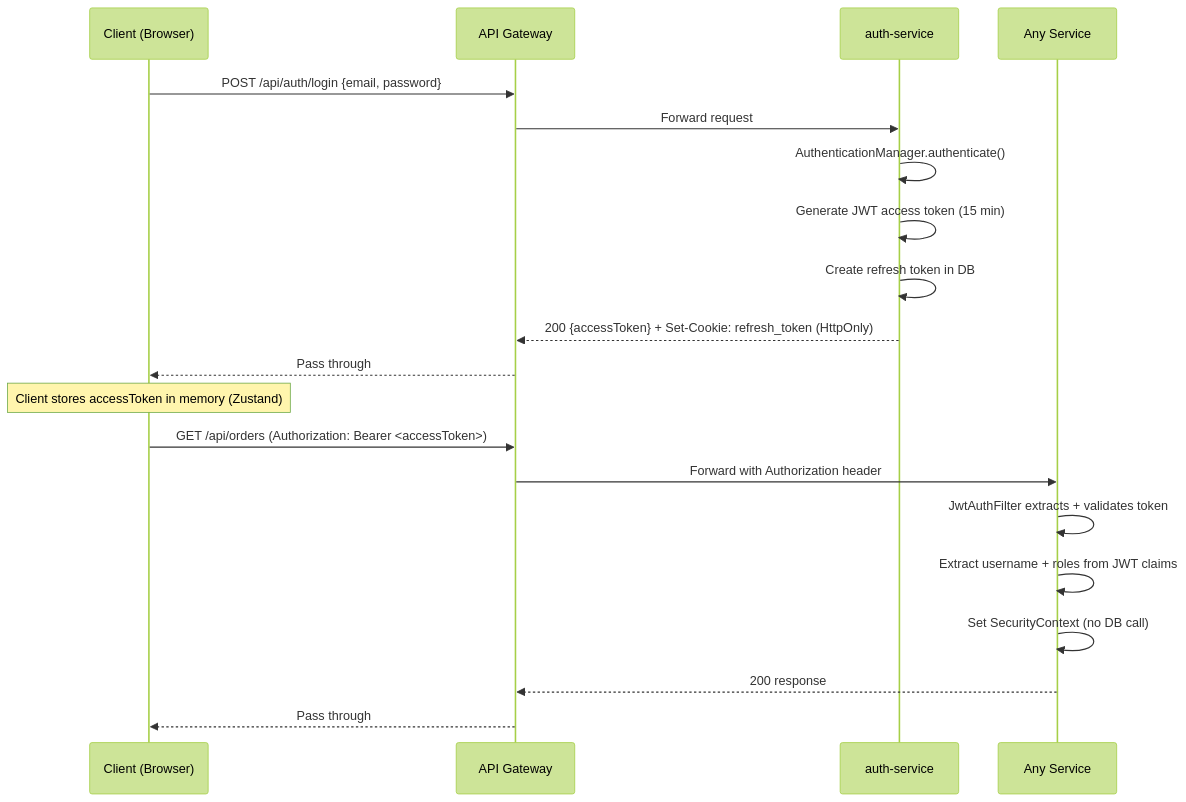
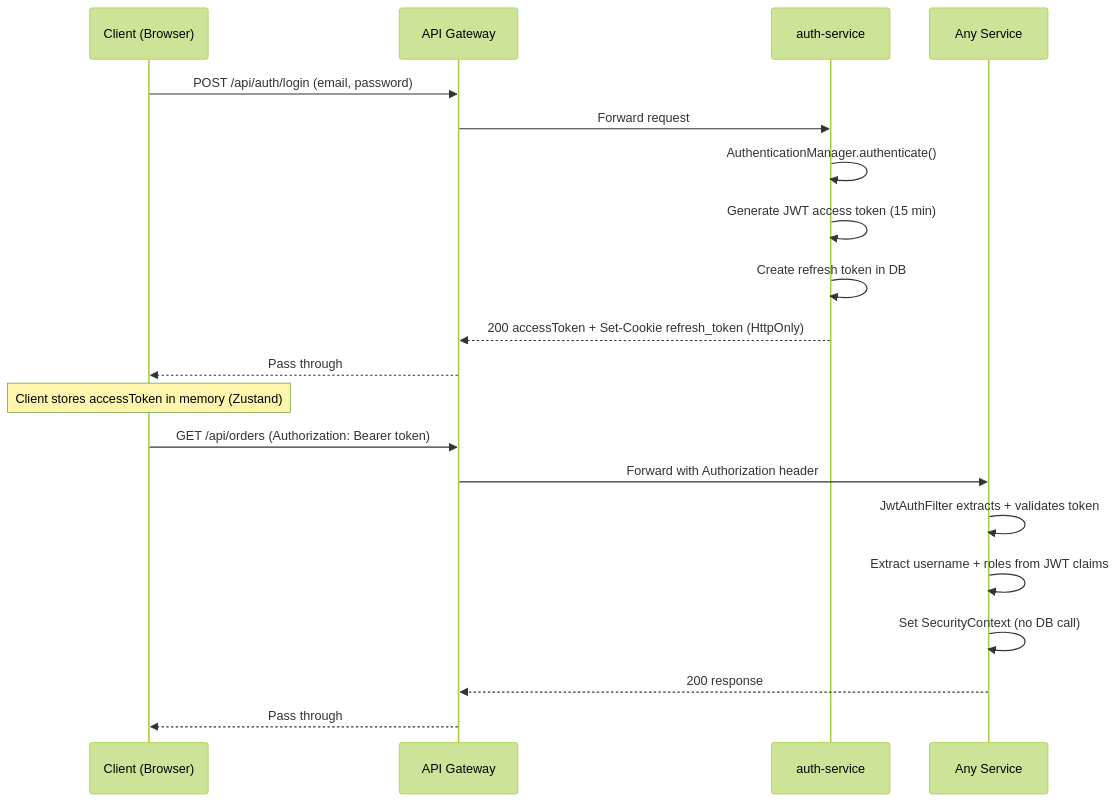
Before and after one commit to SamedBilginAlternet/n11_clone: the first of 4 diagrams in docs/authentication.md, drawn with Mermaid (forest theme). The commit also changed other lines of this file and 1 other file, not shown here.

First line of the commit message:
fix: Mermaid diagrams not rendering on GitHub in docs

````diff
--- a/docs/authentication.md
+++ b/docs/authentication.md
@@ -20,25 +20,25 @@
 ```mermaid
 sequenceDiagram
     participant C as Client (Browser)
     participant G as API Gateway
     participant A as auth-service
     participant S as Any Service
 
-    C->>G: POST /api/auth/login {email, password}
+    C->>G: POST /api/auth/login (email, password)
     G->>A: Forward request
     A->>A: AuthenticationManager.authenticate()
     A->>A: Generate JWT access token (15 min)
     A->>A: Create refresh token in DB
-    A-->>G: 200 {accessToken} + Set-Cookie: refresh_token (HttpOnly)
+    A-->>G: 200 accessToken + Set-Cookie refresh_token (HttpOnly)
     G-->>C: Pass through
 
     Note over C: Client stores accessToken in memory (Zustand)
 
-    C->>G: GET /api/orders (Authorization: Bearer <accessToken>)
+    C->>G: GET /api/orders (Authorization: Bearer token)
     G->>S: Forward with Authorization header
     S->>S: JwtAuthFilter extracts + validates token
     S->>S: Extract username + roles from JWT claims
     S->>S: Set SecurityContext (no DB call)
     S-->>G: 200 response
     G-->>C: Pass through
 ```
````
